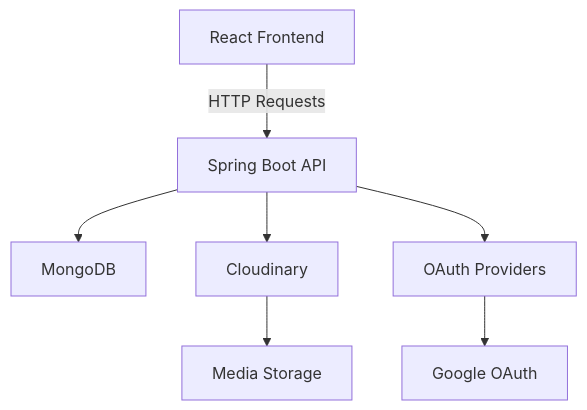
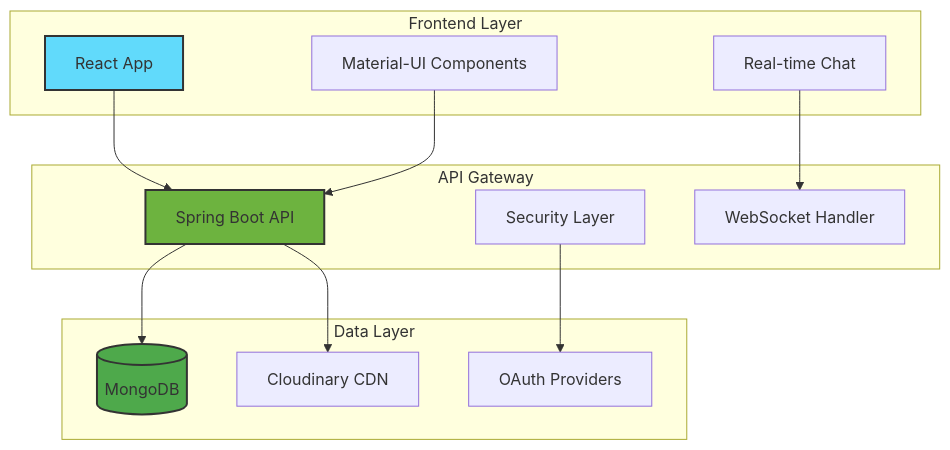
Before and after one commit to KalpaVidusha/skill-sharing-platform: the diagram in README.md, drawn with Mermaid. The commit also changed other lines of this file, not shown here.

````diff
--- a/README.md
+++ b/README.md
@@ -127,9 +127,31 @@
 ```mermaid
-graph TD
-    A[React Frontend] -->|HTTP Requests| B[Spring Boot API]
-    B --> C[MongoDB]
-    B --> D[Cloudinary]
-    D --> E[Media Storage]
-    B --> F[OAuth Providers]
-    F --> G[Google OAuth]
+graph TB
+    subgraph "Frontend Layer"
+        A[React App]
+        B[Material-UI Components]
+        C[Real-time Chat]
+    end
+    
+    subgraph "API Gateway"
+        D[Spring Boot API]
+        E[Security Layer]
+        F[WebSocket Handler]
+    end
+    
+    subgraph "Data Layer"
+        G[(MongoDB)]
+        H[Cloudinary CDN]
+        I[OAuth Providers]
+    end
+    
+    A --> D
+    B --> D
+    C --> F
+    D --> G
+    D --> H
+    E --> I
+    
+    style A fill:#61DAFB,stroke:#333,stroke-width:2px
+    style D fill:#6DB33F,stroke:#333,stroke-width:2px
+    style G fill:#4EA94B,stroke:#333,stroke-width:2px
 ```
````
